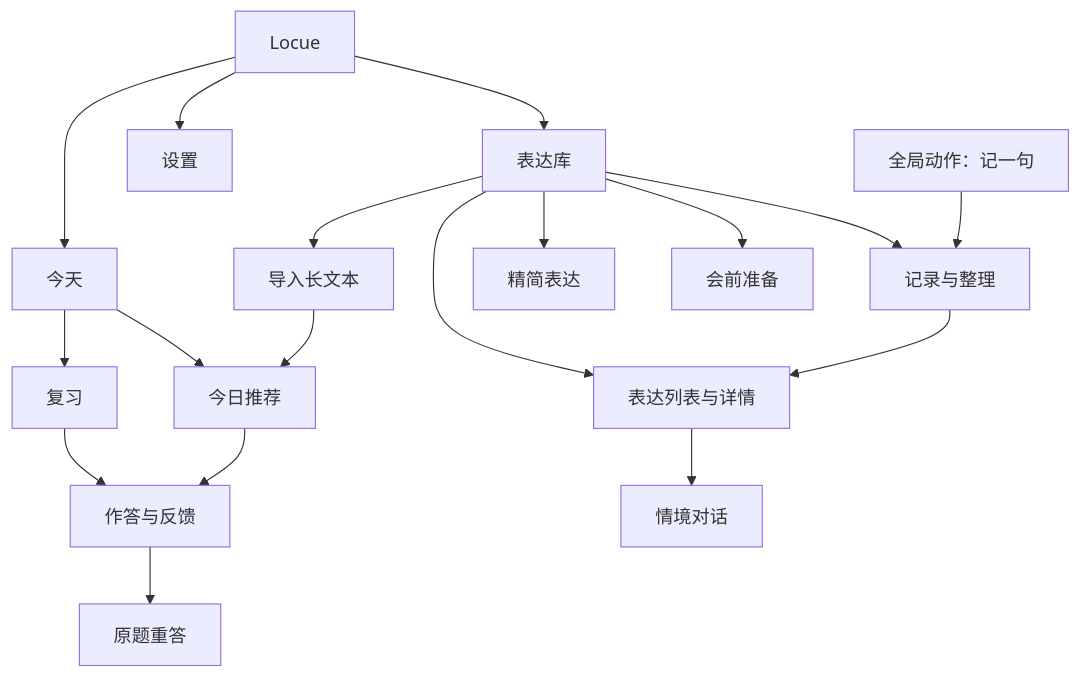
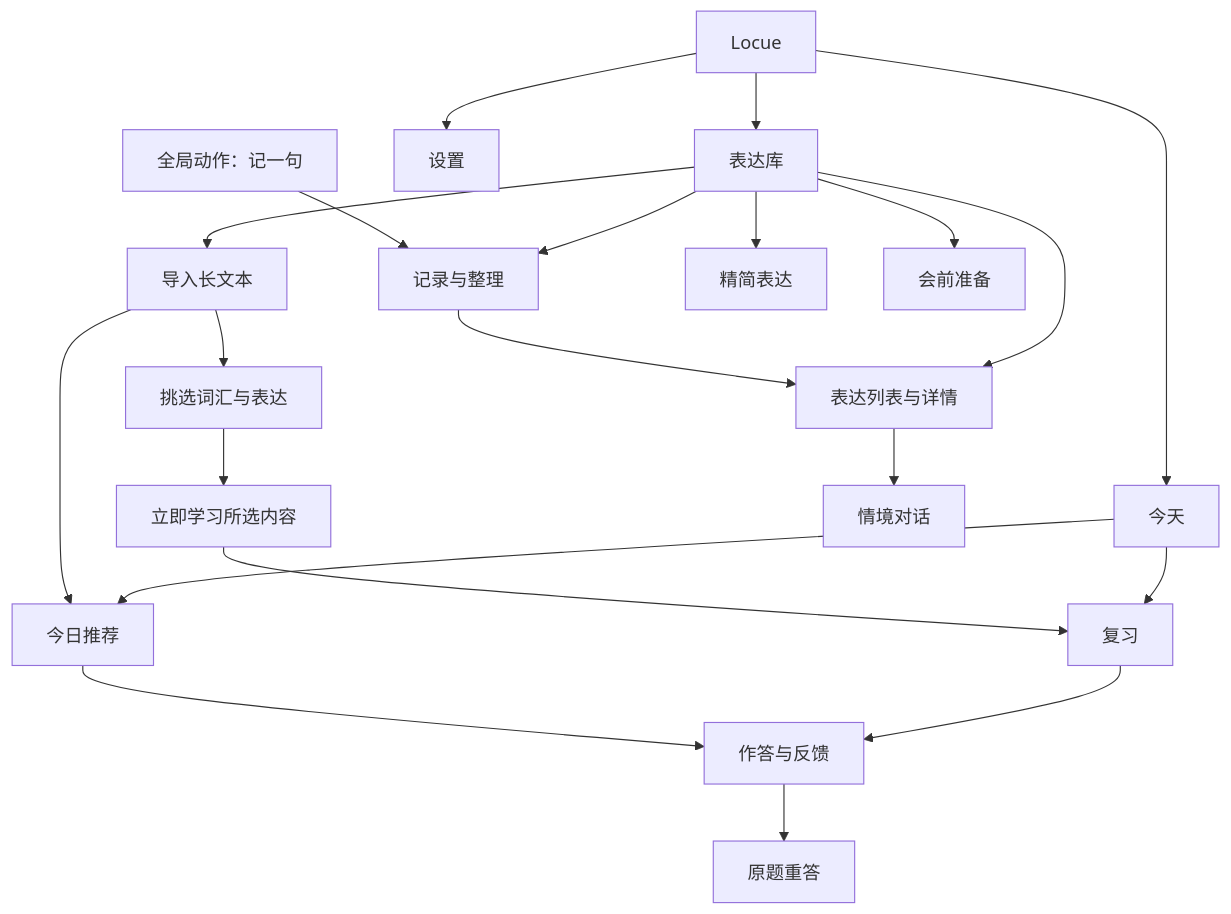
Before and after one commit to llllgh/sayable: the first of 3 diagrams in docs/PRD.md, drawn with Mermaid. The commit also changed other lines of this file and 25 other files, not shown here.

````diff
--- a/docs/PRD.md
+++ b/docs/PRD.md
@@ -182,20 +196,23 @@
 ```mermaid
 flowchart TD
     A[Locue] --> T[今天]
     A --> L[表达库]
     A --> S[设置]
     T --> R[复习]
     T --> D[今日推荐]
     R --> P[作答与反馈]
     D --> P
     P --> F[原题重答]
     L --> E[表达列表与详情]
     L --> I[记录与整理]
     L --> SI[导入长文本]
     L --> C[精简表达]
     L --> M[会前准备]
+    SI --> VC[挑选词汇与表达]
+    VC --> VL[立即学习所选内容]
+    VL --> R
     SI --> D
     I --> E
     E --> RP[情境对话]
     Q[全局动作：记一句] --> I
 ```
````
